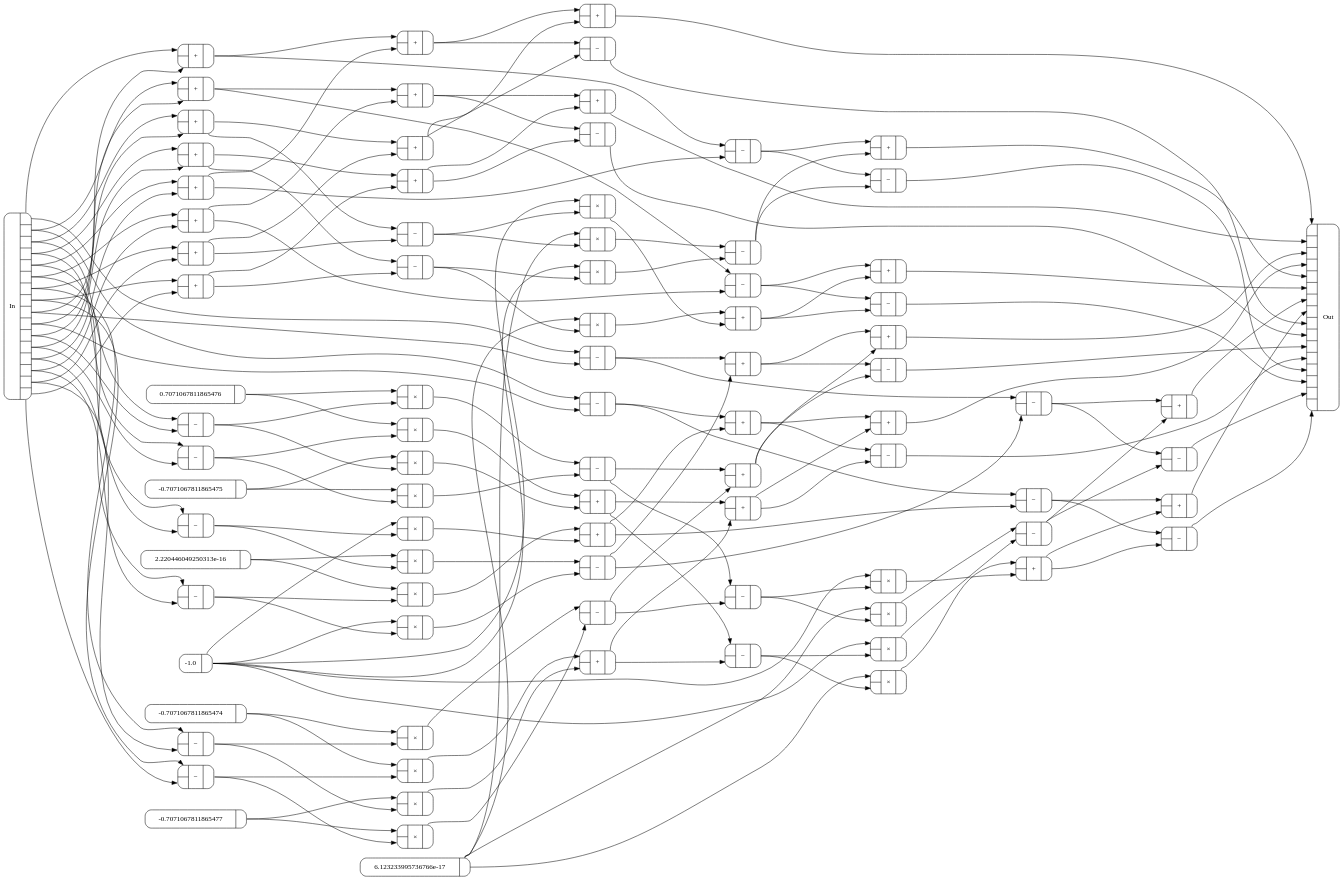
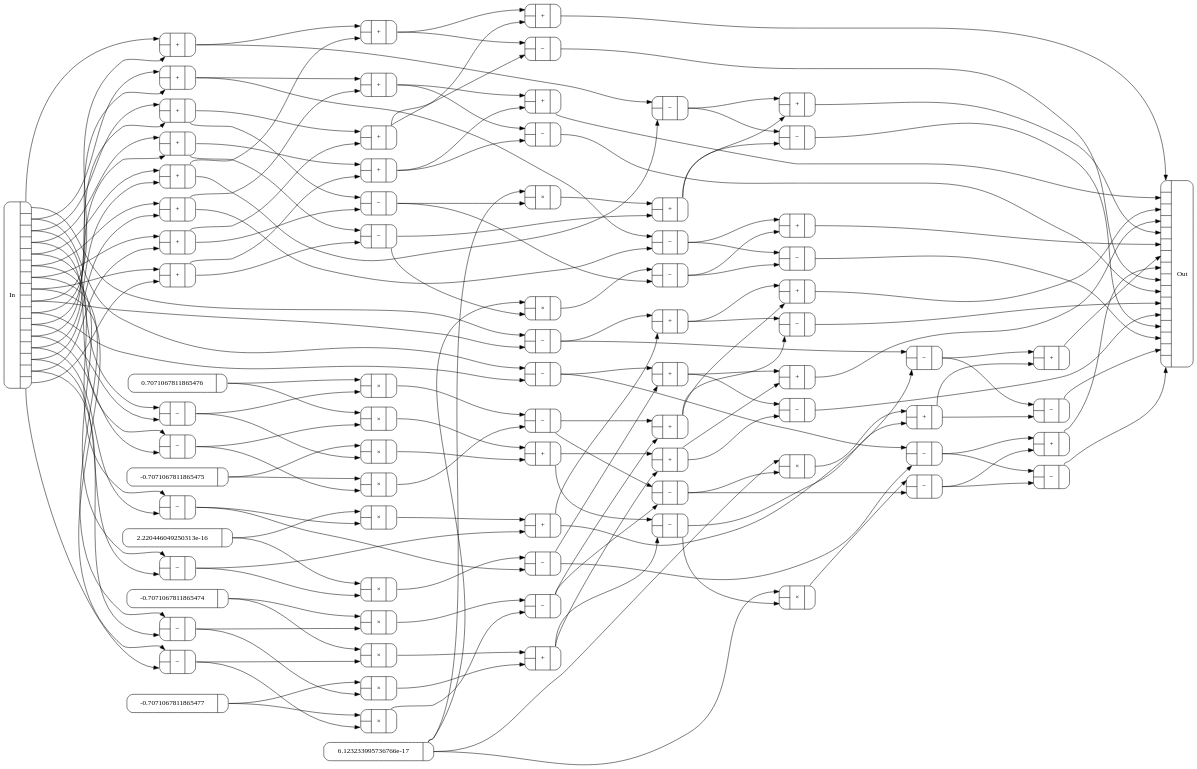
Before and after one commit to conal/talk-2016-generic-fft: the diagram in Figures/circuits/fft-rb3.dot, drawn with Graphviz. The commit also changed 8 other files, not shown here.

```diff
--- a/Figures/circuits/fft-rb3.dot
+++ b/Figures/circuits/fft-rb3.dot
@@ -3,7 +3,7 @@
   node [shape=Mrecord];
   bgcolor=transparent;
   nslimit=20;
-  ranksep="3.0";
+  ranksep="2.5";
   c0 [label="{{<In0>|<In1>}|+|{<Out0>}}"];
   c1 [label="{{<In0>|<In1>}|+|{<Out0>}}"];
   c2 [label="{{<In0>|<In1>}|+|{<Out0>}}"];
@@ -36,18 +36,11 @@
   c31 [label="{-0.7071067811865474|{<Out0>}}"];
   c32 [label="{-0.7071067811865475|{<Out0>}}"];
   c34 [label="{-0.7071067811865477|{<Out0>}}"];
-  c36 [label="{-1.0|{<Out0>}}"];
   c48 [label="{0.7071067811865476|{<Out0>}}"];
   c56 [label="{2.220446049250313e-16|{<Out0>}}"];
   c62 [label="{6.123233995736766e-17|{<Out0>}}"];
   c65 [label="{In|{<Out0>|<Out1>|<Out2>|<Out3>|<Out4>|<Out5>|<Out6>|<Out7>|<Out8>|<Out9>|<Out10>|<Out11>|<Out12>|<Out13>|<Out14>|<Out15>}}"];
   c66 [label="{{<In0>|<In1>|<In2>|<In3>|<In4>|<In5>|<In6>|<In7>|<In8>|<In9>|<In10>|<In11>|<In12>|<In13>|<In14>|<In15>}|Out}"];
-  c67 [label="{{<In0>|<In1>}|\×|{<Out0>}}"];
-  c68 [label="{{<In0>|<In1>}|\×|{<Out0>}}"];
-  c69 [label="{{<In0>|<In1>}|\×|{<Out0>}}"];
-  c70 [label="{{<In0>|<In1>}|\×|{<Out0>}}"];
-  c71 [label="{{<In0>|<In1>}|\×|{<Out0>}}"];
-  c72 [label="{{<In0>|<In1>}|\×|{<Out0>}}"];
   c73 [label="{{<In0>|<In1>}|\×|{<Out0>}}"];
   c74 [label="{{<In0>|<In1>}|\×|{<Out0>}}"];
   c75 [label="{{<In0>|<In1>}|\×|{<Out0>}}"];
@@ -91,178 +84,166 @@
   c113 [label="{{<In0>|<In1>}|\−|{<Out0>}}"];
   c114 [label="{{<In0>|<In1>}|\−|{<Out0>}}"];
   c115 [label="{{<In0>|<In1>}|\−|{<Out0>}}"];
-  c65:Out0 -> c0:In0;
-  c65:Out8 -> c0:In1;
-  c65:Out1 -> c1:In0;
-  c65:Out9 -> c1:In1;
-  c65:Out2 -> c2:In0;
-  c65:Out10 -> c2:In1;
-  c65:Out3 -> c3:In0;
-  c65:Out11 -> c3:In1;
-  c65:Out4 -> c4:In0;
-  c65:Out12 -> c4:In1;
-  c65:Out5 -> c5:In0;
-  c65:Out13 -> c5:In1;
-  c65:Out6 -> c6:In0;
-  c65:Out14 -> c6:In1;
-  c65:Out7 -> c7:In0;
-  c65:Out15 -> c7:In1;
-  c0:Out0 -> c8:In0;
-  c4:Out0 -> c8:In1;
-  c1:Out0 -> c9:In0;
-  c5:Out0 -> c9:In1;
-  c87:Out0 -> c10:In0;
-  c104:Out0 -> c10:In1;
-  c88:Out0 -> c11:In0;
-  c17:Out0 -> c11:In1;
-  c2:Out0 -> c12:In0;
-  c6:Out0 -> c12:In1;
-  c3:Out0 -> c13:In0;
-  c7:Out0 -> c13:In1;
-  c101:Out0 -> c14:In0;
-  c105:Out0 -> c14:In1;
-  c78:Out0 -> c15:In0;
-  c79:Out0 -> c15:In1;
-  c15:Out0 -> c16:In0;
-  c18:Out0 -> c16:In1;
-  c82:Out0 -> c17:In0;
-  c67:Out0 -> c17:In1;
-  c84:Out0 -> c18:In0;
-  c85:Out0 -> c18:In1;
-  c8:Out0 -> c19:In0;
-  c12:Out0 -> c19:In1;
-  c9:Out0 -> c20:In0;
-  c13:Out0 -> c20:In1;
-  c95:Out0 -> c21:In0;
-  c110:Out0 -> c21:In1;
-  c96:Out0 -> c22:In0;
-  c23:Out0 -> c22:In1;
-  c74:Out0 -> c23:In0;
-  c69:Out0 -> c23:In1;
-  c10:Out0 -> c24:In0;
-  c14:Out0 -> c24:In1;
-  c11:Out0 -> c25:In0;
-  c16:Out0 -> c25:In1;
-  c97:Out0 -> c26:In0;
-  c115:Out0 -> c26:In1;
-  c98:Out0 -> c27:In0;
-  c28:Out0 -> c27:In1;
-  c76:Out0 -> c28:In0;
-  c71:Out0 -> c28:In1;
-  c19:Out0 -> c66:In0;
-  c20:Out0 -> c66:In1;
-  c24:Out0 -> c66:In2;
-  c25:Out0 -> c66:In3;
-  c21:Out0 -> c66:In4;
-  c22:Out0 -> c66:In5;
-  c26:Out0 -> c66:In6;
-  c27:Out0 -> c66:In7;
-  c106:Out0 -> c66:In8;
-  c107:Out0 -> c66:In9;
-  c111:Out0 -> c66:In10;
-  c112:Out0 -> c66:In11;
-  c108:Out0 -> c66:In12;
-  c109:Out0 -> c66:In13;
-  c113:Out0 -> c66:In14;
-  c114:Out0 -> c66:In15;
-  c36:Out0 -> c67:In0;
-  c91:Out0 -> c67:In1;
-  c36:Out0 -> c68:In0;
-  c92:Out0 -> c68:In1;
-  c36:Out0 -> c69:In0;
-  c99:Out0 -> c69:In1;
-  c36:Out0 -> c70:In0;
-  c100:Out0 -> c70:In1;
-  c36:Out0 -> c71:In0;
-  c102:Out0 -> c71:In1;
-  c36:Out0 -> c72:In0;
-  c103:Out0 -> c72:In1;
-  c62:Out0 -> c73:In0;
-  c99:Out0 -> c73:In1;
-  c62:Out0 -> c74:In0;
-  c100:Out0 -> c74:In1;
-  c62:Out0 -> c75:In0;
-  c102:Out0 -> c75:In1;
-  c62:Out0 -> c76:In0;
-  c103:Out0 -> c76:In1;
-  c48:Out0 -> c77:In0;
-  c89:Out0 -> c77:In1;
-  c48:Out0 -> c78:In0;
-  c90:Out0 -> c78:In1;
-  c32:Out0 -> c79:In0;
-  c89:Out0 -> c79:In1;
-  c32:Out0 -> c80:In0;
-  c90:Out0 -> c80:In1;
-  c56:Out0 -> c81:In0;
-  c91:Out0 -> c81:In1;
-  c56:Out0 -> c82:In0;
-  c92:Out0 -> c82:In1;
-  c31:Out0 -> c83:In0;
-  c93:Out0 -> c83:In1;
-  c31:Out0 -> c84:In0;
-  c94:Out0 -> c84:In1;
-  c34:Out0 -> c85:In0;
-  c93:Out0 -> c85:In1;
-  c34:Out0 -> c86:In0;
-  c94:Out0 -> c86:In1;
-  c65:Out0 -> c87:In0;
-  c65:Out8 -> c87:In1;
-  c65:Out1 -> c88:In0;
-  c65:Out9 -> c88:In1;
-  c65:Out2 -> c89:In0;
-  c65:Out10 -> c89:In1;
-  c65:Out3 -> c90:In0;
-  c65:Out11 -> c90:In1;
-  c65:Out4 -> c91:In0;
-  c65:Out12 -> c91:In1;
-  c65:Out5 -> c92:In0;
-  c65:Out13 -> c92:In1;
-  c65:Out6 -> c93:In0;
-  c65:Out14 -> c93:In1;
-  c65:Out7 -> c94:In0;
-  c65:Out15 -> c94:In1;
-  c0:Out0 -> c95:In0;
-  c4:Out0 -> c95:In1;
-  c1:Out0 -> c96:In0;
-  c5:Out0 -> c96:In1;
-  c87:Out0 -> c97:In0;
-  c104:Out0 -> c97:In1;
-  c88:Out0 -> c98:In0;
-  c17:Out0 -> c98:In1;
-  c2:Out0 -> c99:In0;
-  c6:Out0 -> c99:In1;
-  c3:Out0 -> c100:In0;
-  c7:Out0 -> c100:In1;
-  c77:Out0 -> c101:In0;
-  c80:Out0 -> c101:In1;
-  c101:Out0 -> c102:In0;
-  c105:Out0 -> c102:In1;
-  c15:Out0 -> c103:In0;
-  c18:Out0 -> c103:In1;
-  c81:Out0 -> c104:In0;
-  c68:Out0 -> c104:In1;
-  c83:Out0 -> c105:In0;
-  c86:Out0 -> c105:In1;
-  c8:Out0 -> c106:In0;
-  c12:Out0 -> c106:In1;
-  c9:Out0 -> c107:In0;
-  c13:Out0 -> c107:In1;
-  c95:Out0 -> c108:In0;
-  c110:Out0 -> c108:In1;
-  c96:Out0 -> c109:In0;
-  c23:Out0 -> c109:In1;
-  c73:Out0 -> c110:In0;
-  c70:Out0 -> c110:In1;
-  c10:Out0 -> c111:In0;
-  c14:Out0 -> c111:In1;
-  c11:Out0 -> c112:In0;
-  c16:Out0 -> c112:In1;
-  c97:Out0 -> c113:In0;
-  c115:Out0 -> c113:In1;
-  c98:Out0 -> c114:In0;
-  c28:Out0 -> c114:In1;
-  c75:Out0 -> c115:In0;
-  c72:Out0 -> c115:In1;
+  c65:Out0 -> c0:In0
+  c65:Out8 -> c0:In1
+  c65:Out1 -> c1:In0
+  c65:Out9 -> c1:In1
+  c65:Out2 -> c2:In0
+  c65:Out10 -> c2:In1
+  c65:Out3 -> c3:In0
+  c65:Out11 -> c3:In1
+  c65:Out4 -> c4:In0
+  c65:Out12 -> c4:In1
+  c65:Out5 -> c5:In0
+  c65:Out13 -> c5:In1
+  c65:Out6 -> c6:In0
+  c65:Out14 -> c6:In1
+  c65:Out7 -> c7:In0
+  c65:Out15 -> c7:In1
+  c0:Out0 -> c8:In0
+  c4:Out0 -> c8:In1
+  c1:Out0 -> c9:In0
+  c5:Out0 -> c9:In1
+  c87:Out0 -> c10:In0
+  c17:Out0 -> c10:In1
+  c88:Out0 -> c11:In0
+  c104:Out0 -> c11:In1
+  c2:Out0 -> c12:In0
+  c6:Out0 -> c12:In1
+  c3:Out0 -> c13:In0
+  c7:Out0 -> c13:In1
+  c101:Out0 -> c14:In0
+  c105:Out0 -> c14:In1
+  c78:Out0 -> c15:In0
+  c79:Out0 -> c15:In1
+  c15:Out0 -> c16:In0
+  c18:Out0 -> c16:In1
+  c81:Out0 -> c17:In0
+  c92:Out0 -> c17:In1
+  c84:Out0 -> c18:In0
+  c85:Out0 -> c18:In1
+  c8:Out0 -> c19:In0
+  c12:Out0 -> c19:In1
+  c9:Out0 -> c20:In0
+  c13:Out0 -> c20:In1
+  c95:Out0 -> c21:In0
+  c23:Out0 -> c21:In1
+  c96:Out0 -> c22:In0
+  c110:Out0 -> c22:In1
+  c73:Out0 -> c23:In0
+  c100:Out0 -> c23:In1
+  c10:Out0 -> c24:In0
+  c14:Out0 -> c24:In1
+  c11:Out0 -> c25:In0
+  c16:Out0 -> c25:In1
+  c97:Out0 -> c26:In0
+  c28:Out0 -> c26:In1
+  c98:Out0 -> c27:In0
+  c115:Out0 -> c27:In1
+  c75:Out0 -> c28:In0
+  c103:Out0 -> c28:In1
+  c19:Out0 -> c66:In0
+  c20:Out0 -> c66:In1
+  c24:Out0 -> c66:In2
+  c25:Out0 -> c66:In3
+  c21:Out0 -> c66:In4
+  c22:Out0 -> c66:In5
+  c26:Out0 -> c66:In6
+  c27:Out0 -> c66:In7
+  c106:Out0 -> c66:In8
+  c107:Out0 -> c66:In9
+  c111:Out0 -> c66:In10
+  c112:Out0 -> c66:In11
+  c108:Out0 -> c66:In12
+  c109:Out0 -> c66:In13
+  c113:Out0 -> c66:In14
+  c114:Out0 -> c66:In15
+  c62:Out0 -> c73:In0
+  c99:Out0 -> c73:In1
+  c62:Out0 -> c74:In0
+  c100:Out0 -> c74:In1
+  c62:Out0 -> c75:In0
+  c102:Out0 -> c75:In1
+  c62:Out0 -> c76:In0
+  c103:Out0 -> c76:In1
+  c48:Out0 -> c77:In0
+  c89:Out0 -> c77:In1
+  c48:Out0 -> c78:In0
+  c90:Out0 -> c78:In1
+  c32:Out0 -> c79:In0
+  c89:Out0 -> c79:In1
+  c32:Out0 -> c80:In0
+  c90:Out0 -> c80:In1
+  c56:Out0 -> c81:In0
+  c91:Out0 -> c81:In1
+  c56:Out0 -> c82:In0
+  c92:Out0 -> c82:In1
+  c31:Out0 -> c83:In0
+  c93:Out0 -> c83:In1
+  c31:Out0 -> c84:In0
+  c94:Out0 -> c84:In1
+  c34:Out0 -> c85:In0
+  c93:Out0 -> c85:In1
+  c34:Out0 -> c86:In0
+  c94:Out0 -> c86:In1
+  c65:Out0 -> c87:In0
+  c65:Out8 -> c87:In1
+  c65:Out1 -> c88:In0
+  c65:Out9 -> c88:In1
+  c65:Out2 -> c89:In0
+  c65:Out10 -> c89:In1
+  c65:Out3 -> c90:In0
+  c65:Out11 -> c90:In1
+  c65:Out4 -> c91:In0
+  c65:Out12 -> c91:In1
+  c65:Out5 -> c92:In0
+  c65:Out13 -> c92:In1
+  c65:Out6 -> c93:In0
+  c65:Out14 -> c93:In1
+  c65:Out7 -> c94:In0
+  c65:Out15 -> c94:In1
+  c0:Out0 -> c95:In0
+  c4:Out0 -> c95:In1
+  c1:Out0 -> c96:In0
+  c5:Out0 -> c96:In1
+  c87:Out0 -> c97:In0
+  c17:Out0 -> c97:In1
+  c88:Out0 -> c98:In0
+  c104:Out0 -> c98:In1
+  c2:Out0 -> c99:In0
+  c6:Out0 -> c99:In1
+  c3:Out0 -> c100:In0
+  c7:Out0 -> c100:In1
+  c77:Out0 -> c101:In0
+  c80:Out0 -> c101:In1
+  c101:Out0 -> c102:In0
+  c105:Out0 -> c102:In1
+  c15:Out0 -> c103:In0
+  c18:Out0 -> c103:In1
+  c82:Out0 -> c104:In0
+  c91:Out0 -> c104:In1
+  c83:Out0 -> c105:In0
+  c86:Out0 -> c105:In1
+  c8:Out0 -> c106:In0
+  c12:Out0 -> c106:In1
+  c9:Out0 -> c107:In0
+  c13:Out0 -> c107:In1
+  c95:Out0 -> c108:In0
+  c23:Out0 -> c108:In1
+  c96:Out0 -> c109:In0
+  c110:Out0 -> c109:In1
+  c74:Out0 -> c110:In0
+  c99:Out0 -> c110:In1
+  c10:Out0 -> c111:In0
+  c14:Out0 -> c111:In1
+  c11:Out0 -> c112:In0
+  c16:Out0 -> c112:In1
+  c97:Out0 -> c113:In0
+  c28:Out0 -> c113:In1
+  c98:Out0 -> c114:In0
+  c115:Out0 -> c114:In1
+  c76:Out0 -> c115:In0
+  c102:Out0 -> c115:In1
 }
 
-// fft-rb3 components: 29 +, 1 -0.7071067811865474, 1 -0.7071067811865475, 1 -0.7071067811865477, 1 -1.0, 1 0.7071067811865476, 1 2.220446049250313e-16, 1 6.123233995736766e-17, 20 ×, 29 −, 85 total. Max depth: 7.
+// fft-rb3 components: 29 +, 1 -0.7071067811865474, 1 -0.7071067811865475, 1 -0.7071067811865477, 1 0.7071067811865476, 1 2.220446049250313e-16, 1 6.123233995736766e-17, 14 ×, 29 −, 78 total. Max depth: 7.
```
